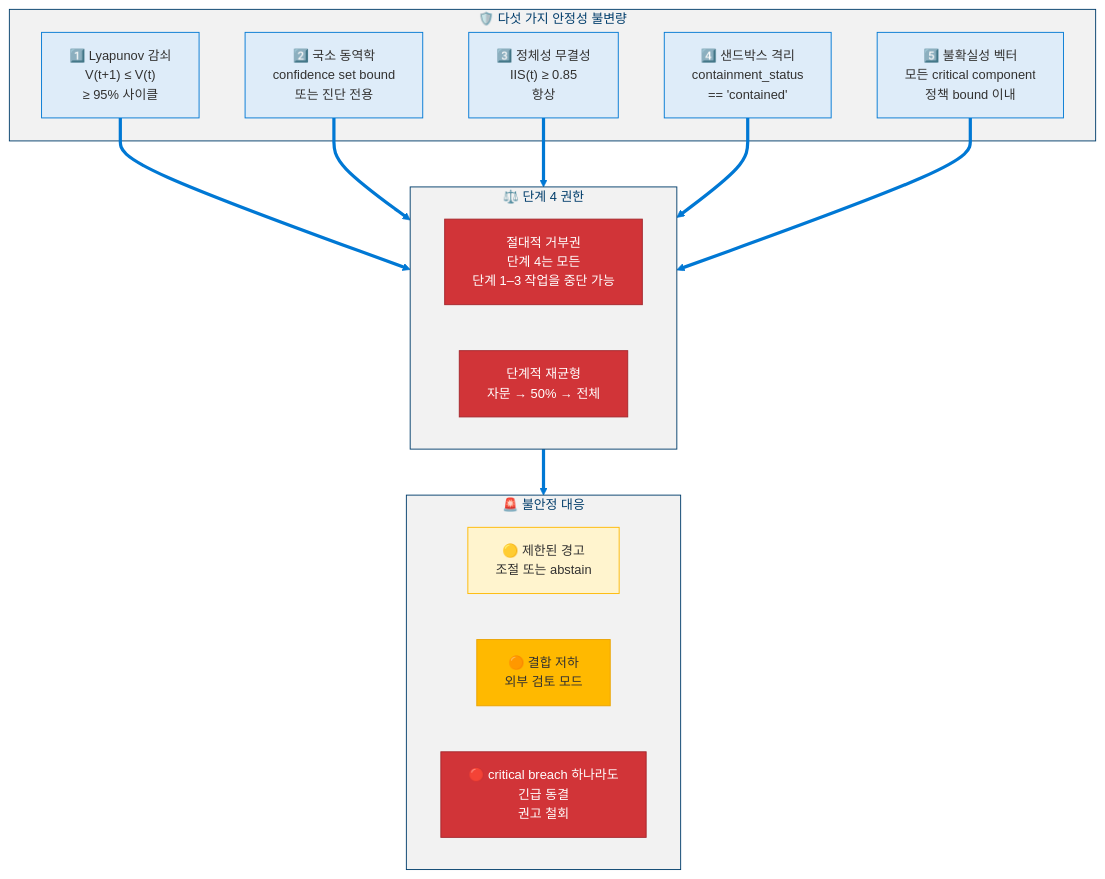
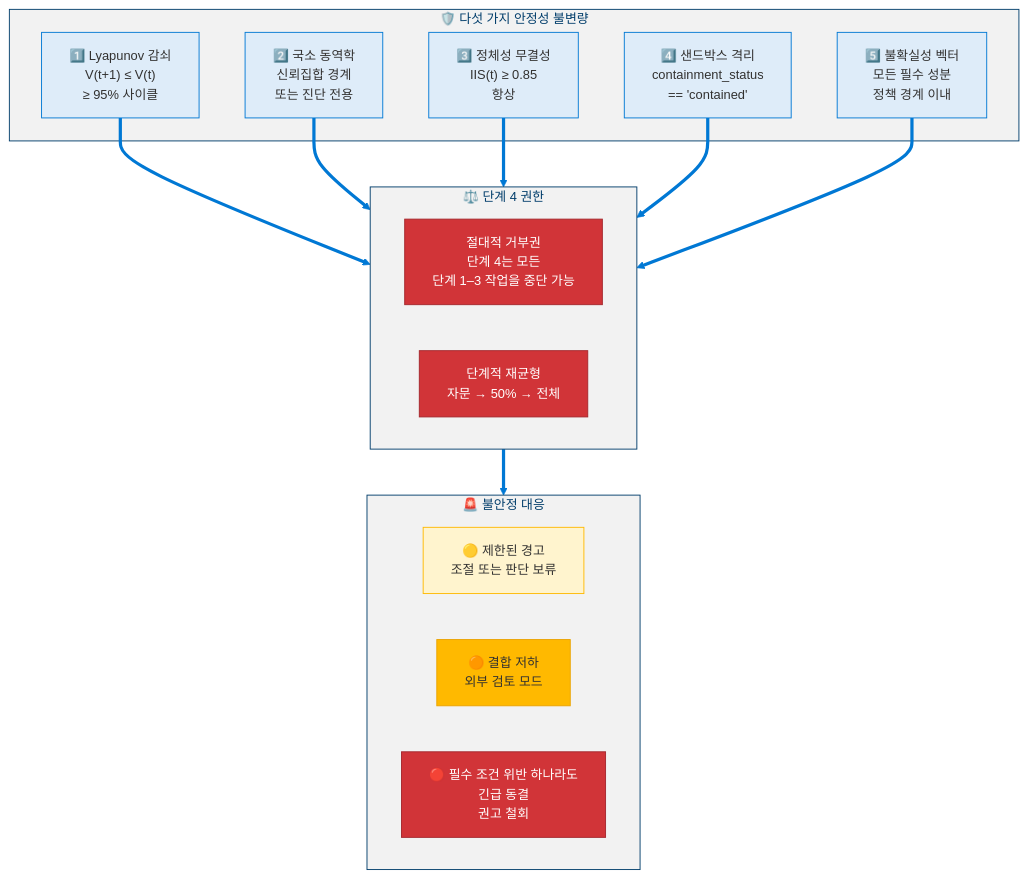
Diagram 13 of 17 in docs/levels/Level_4_8_Strategic_Self_Modeling.ko.md (dotnetpower/mscp), drawn with Mermaid before and after one commit. The commit also changed other lines of this file and 33 other files, not shown here.

````diff
--- a/docs/levels/Level_4_8_Strategic_Self_Modeling.ko.md
+++ b/docs/levels/Level_4_8_Strategic_Self_Modeling.ko.md
@@ -642,35 +652,35 @@
 ```mermaid
 %%{init: {'theme': 'base', 'themeVariables': {'primaryColor': '#0078D4', 'primaryTextColor': '#003D6B', 'primaryBorderColor': '#003D6B', 'secondaryColor': '#50E6FF', 'secondaryTextColor': '#323130', 'secondaryBorderColor': '#00BCF2', 'tertiaryColor': '#F2F2F2', 'tertiaryTextColor': '#323130', 'lineColor': '#0078D4', 'textColor': '#323130', 'mainBkg': '#DEECF9', 'nodeBorder': '#0078D4', 'clusterBkg': '#F2F2F2', 'clusterBorder': '#003D6B', 'titleColor': '#003D6B', 'edgeLabelBackground': '#FFFFFF', 'fontSize': '14px'}}}%%
 flowchart TD
   classDef inv fill:#DEECF9,stroke:#0078D4,color:#323130
   classDef veto fill:#D13438,stroke:#A4262C,color:#FFF
   classDef sev1 fill:#FFF4CE,stroke:#FFB900,color:#323130
   classDef sev2 fill:#FFB900,stroke:#EAA300,color:#323130
   classDef sev3 fill:#D13438,stroke:#A4262C,color:#FFF
 
   subgraph Invariants["🛡️ 다섯 가지 안정성 불변량"]
     INV1["1️⃣ Lyapunov 감쇠<br/>V(t+1) ≤ V(t)<br/>≥ 95% 사이클"]:::inv
-    INV2["2️⃣ 국소 동역학<br/>confidence set bound<br/>또는 진단 전용"]:::inv
+    INV2["2️⃣ 국소 동역학<br/>신뢰집합 경계<br/>또는 진단 전용"]:::inv
     INV3["3️⃣ 정체성 무결성<br/>IIS(t) ≥ 0.85<br/>항상"]:::inv
     INV4["4️⃣ 샌드박스 격리<br/>containment_status<br/>== 'contained'"]:::inv
-    INV5["5️⃣ 불확실성 벡터<br/>모든 critical component<br/>정책 bound 이내"]:::inv
+    INV5["5️⃣ 불확실성 벡터<br/>모든 필수 성분<br/>정책 경계 이내"]:::inv
   end
 
   subgraph Authority["⚖️ 단계 4 권한"]
     VETO["절대적 거부권<br/>단계 4는 모든<br/>단계 1–3 작업을 중단 가능"]:::veto
     REBAL["단계적 재균형<br/>자문 → 50% → 전체"]:::veto
   end
 
   subgraph Response["🚨 불안정 대응"]
-    SEV1["🟡 제한된 경고<br/>조절 또는 abstain"]:::sev1
+    SEV1["🟡 제한된 경고<br/>조절 또는 판단 보류"]:::sev1
     SEV2["🟠 결합 저하<br/>외부 검토 모드"]:::sev2
-    SEV3["🔴 critical breach 하나라도<br/>긴급 동결<br/>권고 철회"]:::sev3
+    SEV3["🔴 필수 조건 위반 하나라도<br/>긴급 동결<br/>권고 철회"]:::sev3
   end
 
   INV1 ==> Authority
   INV2 ==> Authority
   INV3 ==> Authority
   INV4 ==> Authority
   INV5 ==> Authority
   Authority ==> Response
 ```
````
